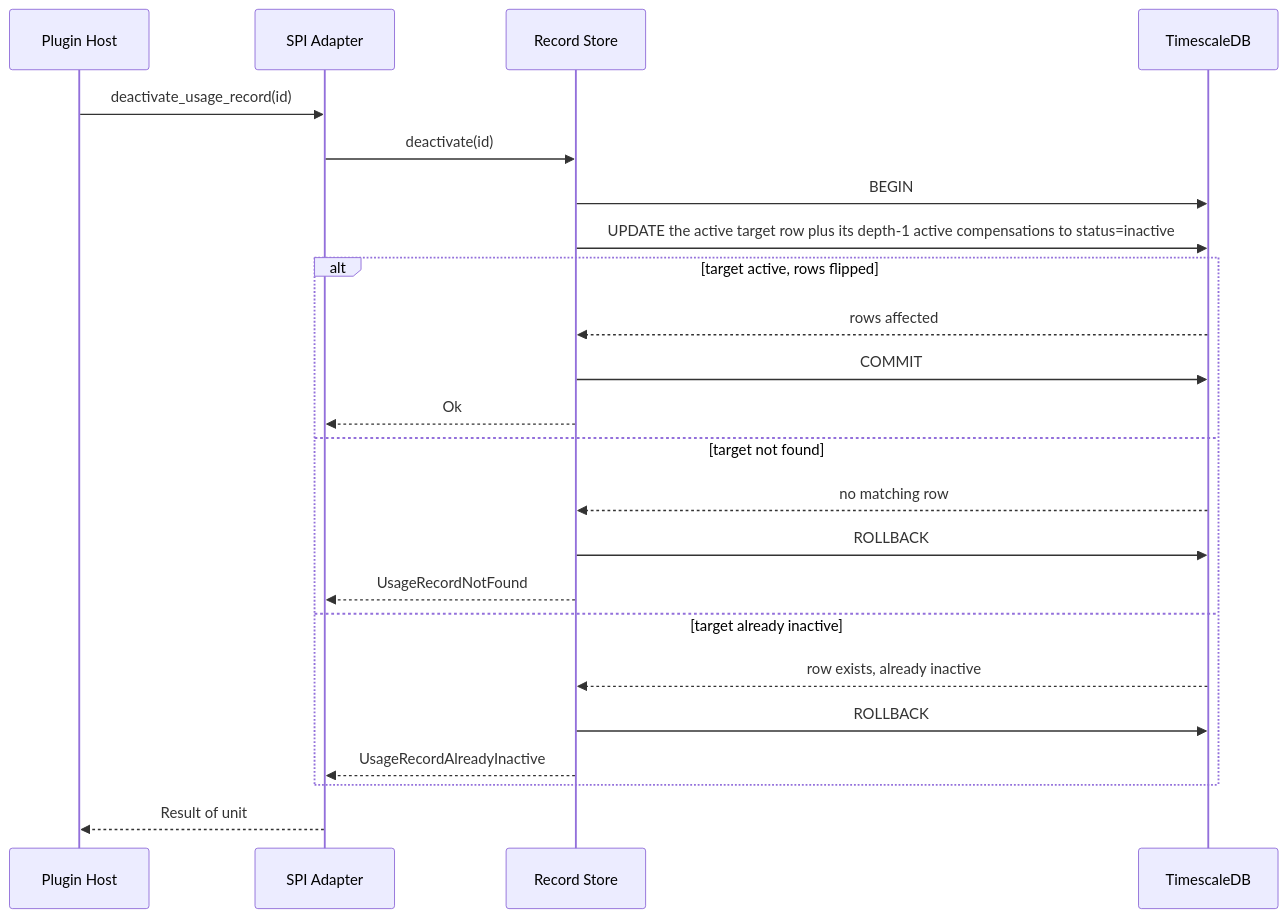
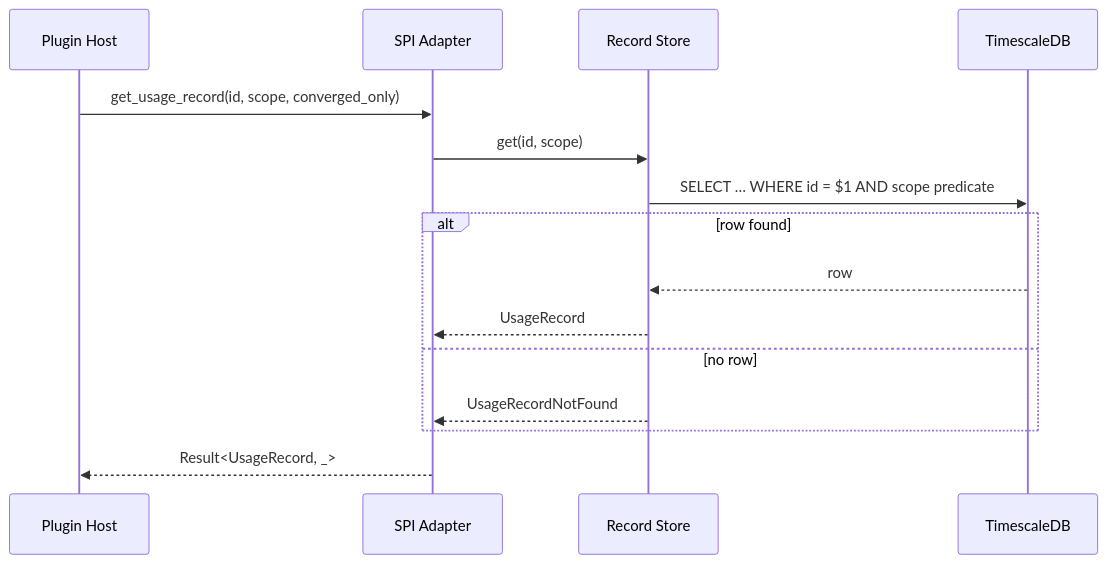
Before and after one commit to Andrei-Iliushin-Constructor/gears-rust: the seventh of 11 diagrams in gears/system/usage-collector/plugins/timescaledb-usage-collector-plugin/docs/DESIGN.md, drawn with Mermaid. The commit also changed other lines of this file and 38 other files, not shown here.

````diff
--- a/gears/system/usage-collector/plugins/timescaledb-usage-collector-plugin/docs/DESIGN.md
+++ b/gears/system/usage-collector/plugins/timescaledb-usage-collector-plugin/docs/DESIGN.md
@@ -489,25 +587,17 @@
 ```mermaid
 sequenceDiagram
     participant Host as Plugin Host
     participant Adapter as SPI Adapter
     participant Rec as Record Store
     participant DB as TimescaleDB
-    Host->>Adapter: deactivate_usage_record(id)
-    Adapter->>Rec: deactivate(id)
-    Rec->>DB: BEGIN
-    Rec->>DB: UPDATE the active target row plus its depth-1 active compensations to status=inactive
-    alt target active, rows flipped
-        DB-->>Rec: rows affected
-        Rec->>DB: COMMIT
-        Rec-->>Adapter: Ok
-    else target not found
-        DB-->>Rec: no matching row
-        Rec->>DB: ROLLBACK
+    Host->>Adapter: get_usage_record(id, scope, converged_only)
+    Adapter->>Rec: get(id, scope)
+    Rec->>DB: SELECT … WHERE id = $1 AND scope predicate
+    alt row found
+        DB-->>Rec: row
+        Rec-->>Adapter: UsageRecord
+    else no row
         Rec-->>Adapter: UsageRecordNotFound
-    else target already inactive
-        DB-->>Rec: row exists, already inactive
-        Rec->>DB: ROLLBACK
-        Rec-->>Adapter: UsageRecordAlreadyInactive
     end
-    Adapter-->>Host: Result of unit
+    Adapter-->>Host: Result<UsageRecord, _>
 ```
````
